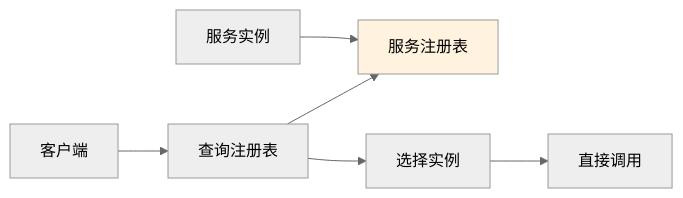
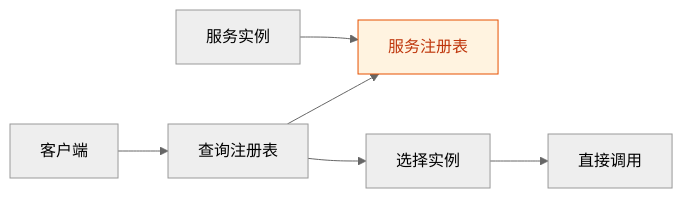
The tenth of 23 diagrams in _posts/2018-12-11-microservices-architecture.md (FreezeSoul/freezesoul.github.com), drawn with Mermaid (neutral theme) before and after one commit. The commit also changed other lines of this file and 9 other files, not shown here.

Commit message:
修正mermaid配色与要求

````diff
--- a/_posts/2018-12-11-microservices-architecture.md
+++ b/_posts/2018-12-11-microservices-architecture.md
@@ -447,10 +447,10 @@
 ```mermaid
 graph LR
     A[服务实例] --> B[服务注册表]
     C[客户端] --> D[查询注册表]
     D --> B
     D --> E[选择实例]
     E --> F[直接调用]
 
-    style B fill:#fff3e0
+    style B fill:#fff3e0,stroke:#e65100,color:#bf360c
 ```
````
